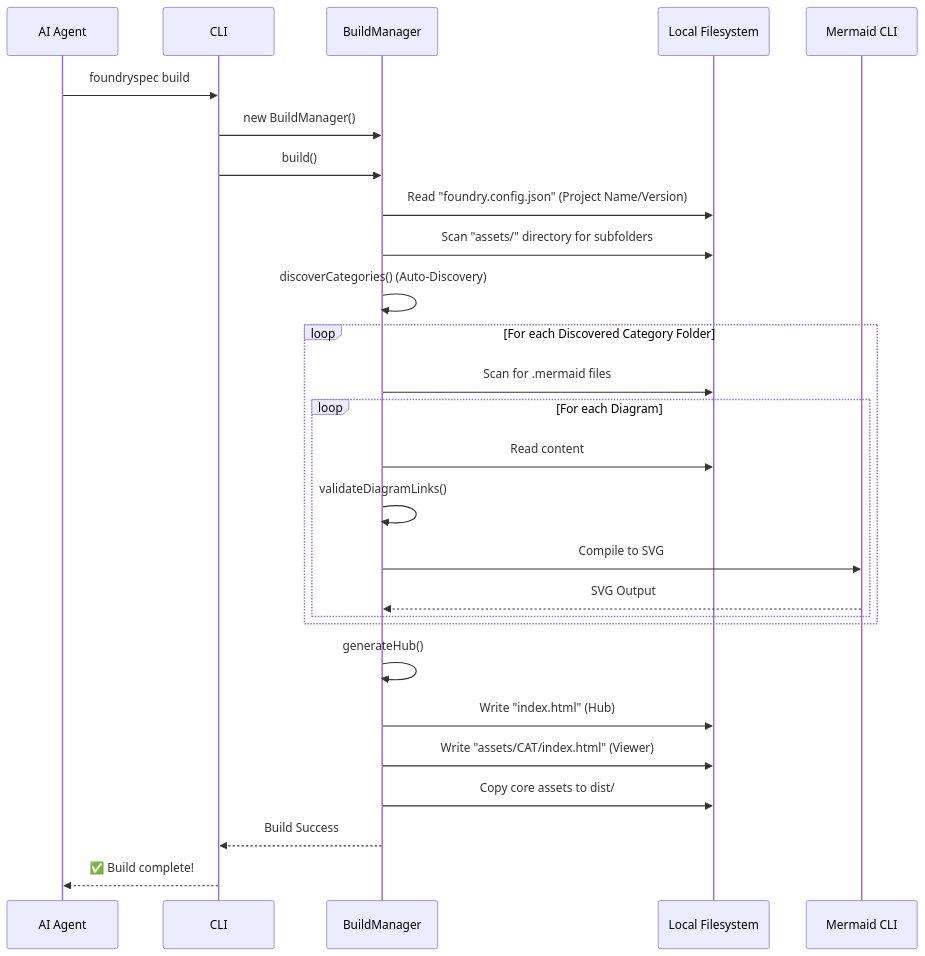
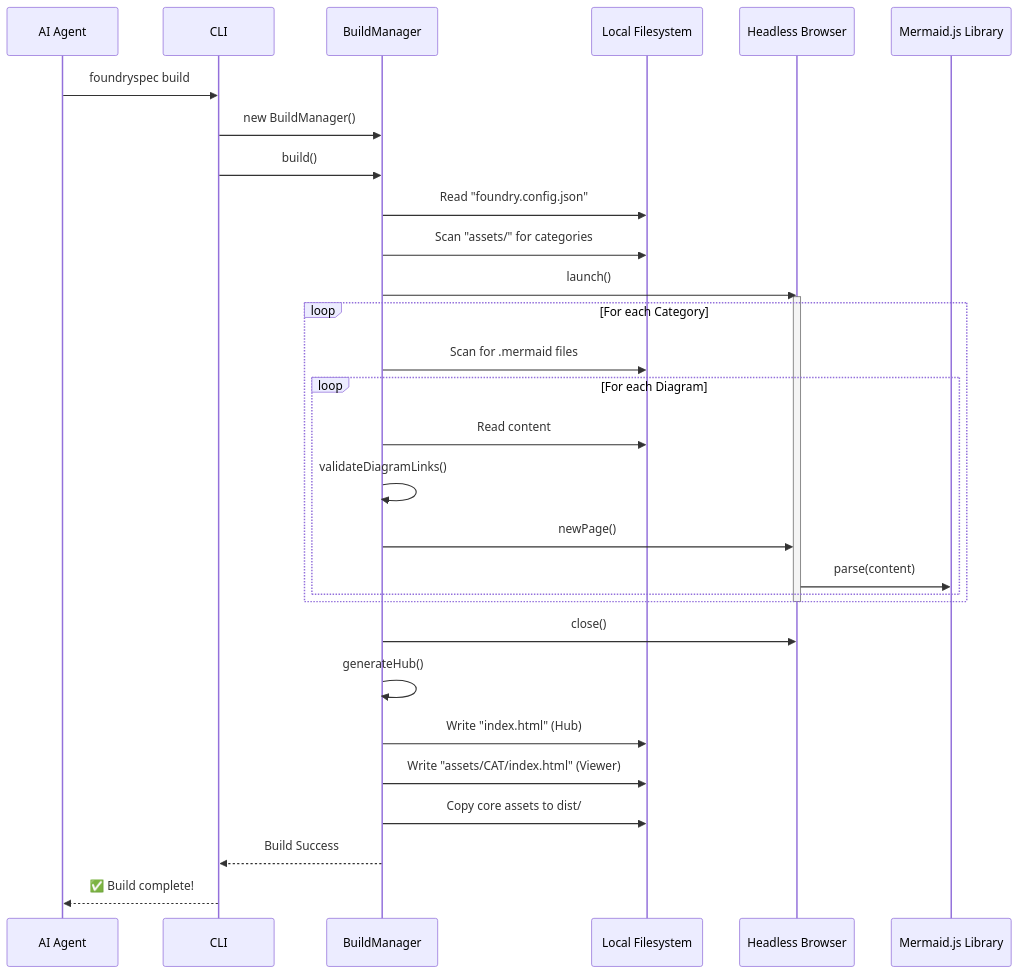
Before and after one commit to futurefoundai/foundryspec: the diagram in foundryspec/assets/sequences/build.mermaid, drawn with Mermaid. The commit also changed 4 other files, not shown here.

First line of the commit message:
feat: Improve build performance by using Puppeteer

```diff
--- a/foundryspec/assets/sequences/build.mermaid
+++ b/foundryspec/assets/sequences/build.mermaid
@@ -1,32 +1,38 @@
 sequenceDiagram
     participant Agent as AI Agent
     participant CLI
     participant BuildManager
     participant FS as Local Filesystem
-    participant MCLI as Mermaid CLI
+    participant Puppeteer as Headless Browser
+    participant MermaidJS as Mermaid.js Library
 
     Agent->>CLI: foundryspec build
     CLI->>BuildManager: new BuildManager()
     CLI->>BuildManager: build()
     
-    BuildManager->>FS: Read "foundry.config.json" (Project Name/Version)
-    BuildManager->>FS: Scan "assets/" directory for subfolders
-    BuildManager->>BuildManager: discoverCategories() (Auto-Discovery)
+    BuildManager->>FS: Read "foundry.config.json"
+    BuildManager->>FS: Scan "assets/" for categories
     
-    loop For each Discovered Category Folder
+    BuildManager->>Puppeteer: launch()
+    activate Puppeteer
+
+    loop For each Category
         BuildManager->>FS: Scan for .mermaid files
         loop For each Diagram
             BuildManager->>FS: Read content
             BuildManager->>BuildManager: validateDiagramLinks()
-            BuildManager->>MCLI: Compile to SVG
-            MCLI-->>BuildManager: SVG Output
+            BuildManager->>Puppeteer: newPage()
+            Puppeteer->>MermaidJS: parse(content)
         end
     end
     
+    deactivate Puppeteer
+    BuildManager->>Puppeteer: close()
+
     BuildManager->>BuildManager: generateHub()
     BuildManager->>FS: Write "index.html" (Hub)
     BuildManager->>FS: Write "assets/CAT/index.html" (Viewer)
     BuildManager->>FS: Copy core assets to dist/
     
     BuildManager-->>CLI: Build Success
     CLI-->>Agent: ✅ Build complete!
```
